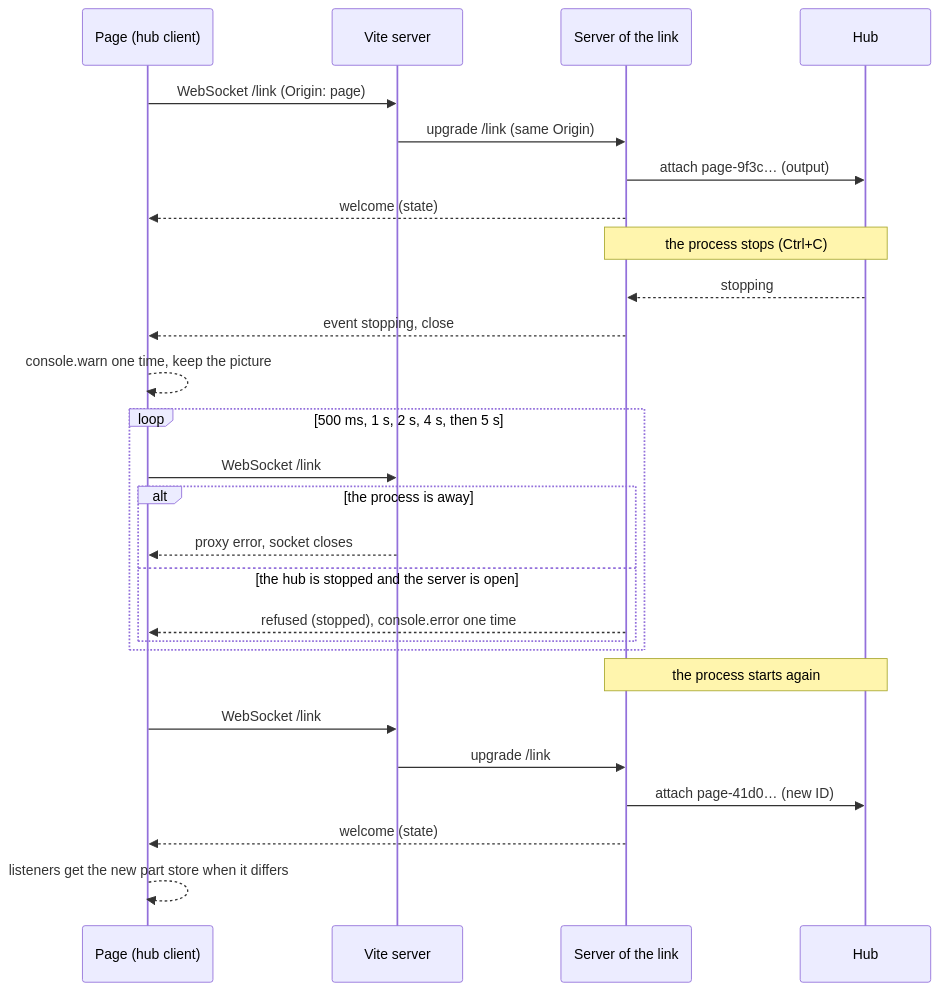
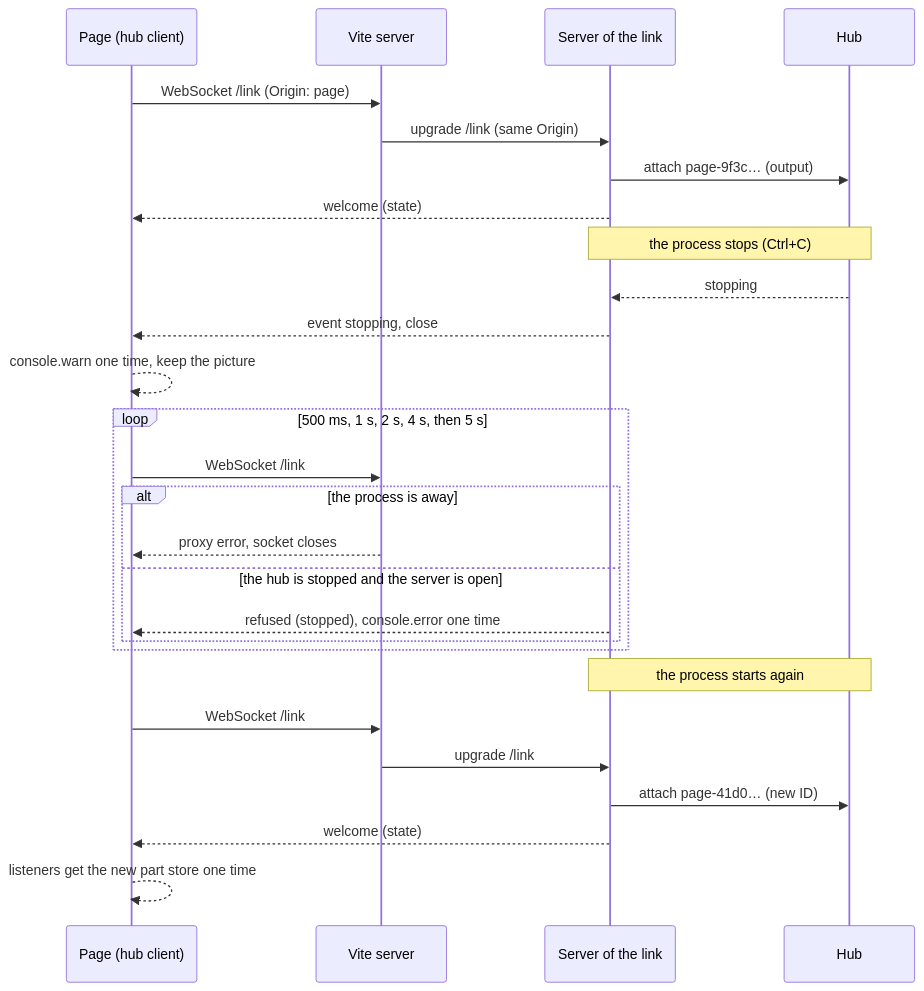
Before and after one commit to twin-digital/opus: the ninth of 12 diagrams in openspec/changes/531-run-construct-in-node/design.md, drawn with Mermaid. The commit also changed other lines of this file and 3 other files, not shown here.

````diff
--- a/openspec/changes/531-run-construct-in-node/design.md
+++ b/openspec/changes/531-run-construct-in-node/design.md
@@ -647,29 +645,29 @@
 ```mermaid
 sequenceDiagram
   participant P as Page (hub client)
   participant V as Vite server
   participant L as Server of the link
   participant H as Hub
   P->>V: WebSocket /link (Origin: page)
   V->>L: upgrade /link (same Origin)
   L->>H: attach page-9f3c… (output)
   L-->>P: welcome (state)
   Note over L,H: the process stops (Ctrl+C)
   H-->>L: stopping
   L-->>P: event stopping, close
   P-->>P: console.warn one time, keep the picture
   loop 500 ms, 1 s, 2 s, 4 s, then 5 s
     P->>V: WebSocket /link
     alt the process is away
       V-->>P: proxy error, socket closes
     else the hub is stopped and the server is open
       L-->>P: refused (stopped), console.error one time
     end
   end
   Note over L,H: the process starts again
   P->>V: WebSocket /link
   V->>L: upgrade /link
   L->>H: attach page-41d0… (new ID)
   L-->>P: welcome (state)
-  P-->>P: listeners get the new part store when it differs
+  P-->>P: listeners get the new part store one time
 ```
````
